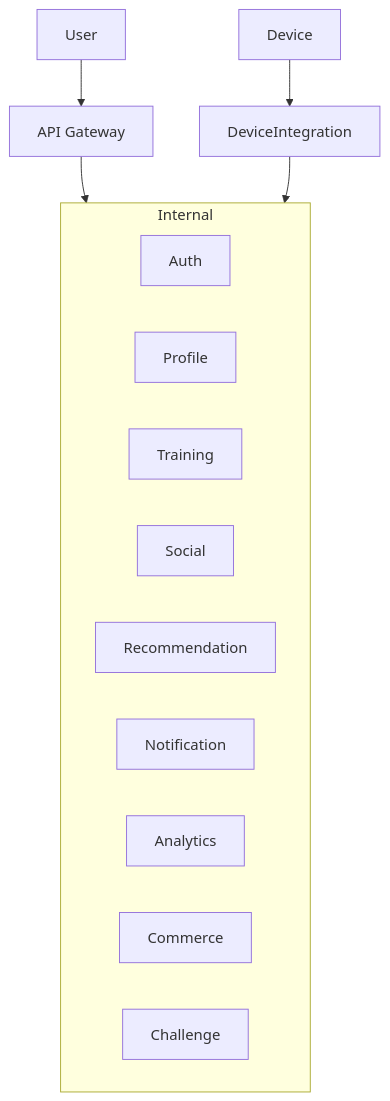
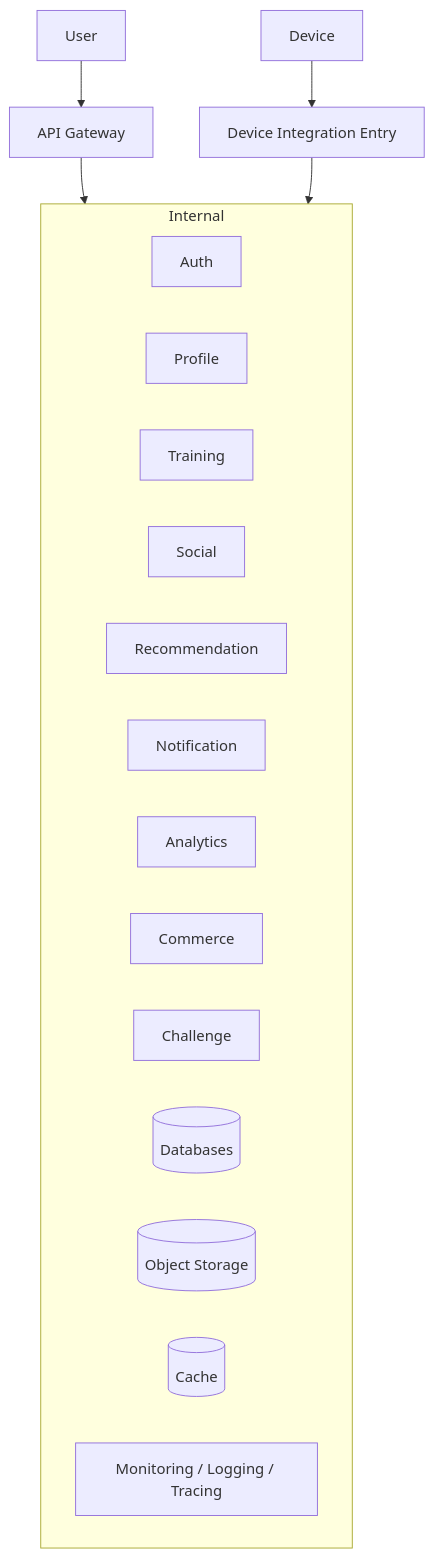
The seventh of 7 diagrams in 03-architecture/architecture-views.md (HiddenFox29/Athletica), drawn with Mermaid before and after one commit. The commit also changed other lines of this file and 2 other files, not shown here.

````diff
--- a/03-architecture/architecture-views.md
+++ b/03-architecture/architecture-views.md
@@ -349,20 +388,24 @@
 ```mermaid
 flowchart TB
     User --> Gateway[API Gateway]
-    Device --> DeviceIntegration
+    Device --> DeviceIntegration[Device Integration Entry]
 
-    Gateway --> Internal[Internal Services]
+    Gateway --> Internal[Internal Trusted Zone]
     DeviceIntegration --> Internal
 
     subgraph Internal
         Auth
         Profile
         Training
         Social
         Recommendation
         Notification
         Analytics
         Commerce
         Challenge
+        DB[(Databases)]
+        S3[(Object Storage)]
+        Cache[(Cache)]
+        Obs[Monitoring / Logging / Tracing]
     end
 ```
````
